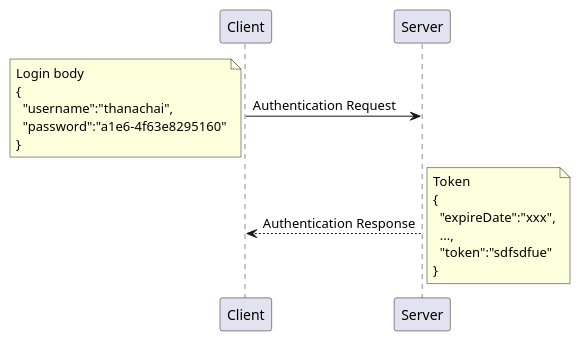
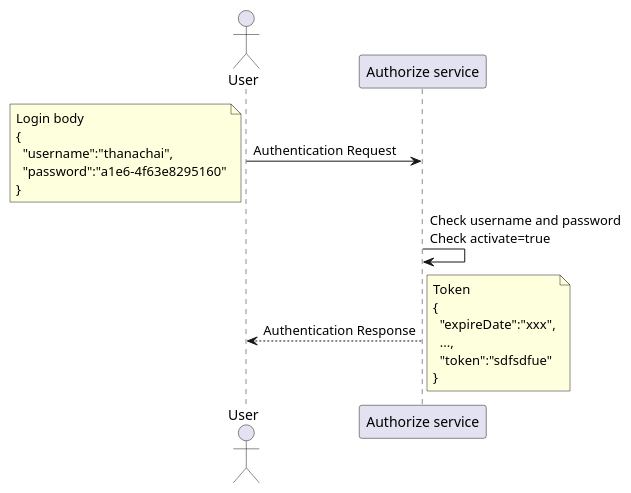
One commit to ffc-nectec/api-doc changed the diagram in uml/login.plantuml. Above: the diagram before and after it, drawn with PlantUML. The commit also changed 5 other files, not shown here.

```diff
--- a/uml/login.plantuml
+++ b/uml/login.plantuml
@@ -1,8 +1,12 @@
 @startuml
-Client -> Server: Authentication Request
+actor User
+
+User -> "Authorize service": Authentication Request
 note left: Login body\n{\n  "username":"thanachai",\n  "password":"a1e6-4f63e8295160"\n}
 
-Server --> Client: Authentication Response
+"Authorize service" -> "Authorize service": Check username and password\nCheck activate=true
+
+"Authorize service" --> User: Authentication Response
 note right: Token\n{\n  "expireDate":"xxx",\n  ...,\n  "token":"sdfsdfue"\n}
 
 @enduml
```
